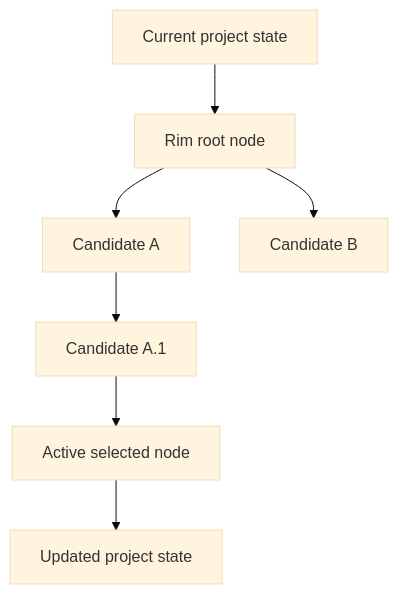
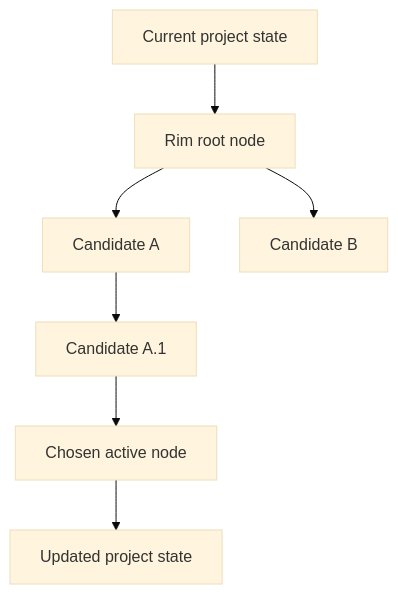
Before and after one commit to nekoium/rim: the fourth of 4 diagrams in PRODUCT.md, drawn with Mermaid (base theme). The commit also changed other lines of this file and 1 other file, not shown here.

````diff
--- a/PRODUCT.md
+++ b/PRODUCT.md
@@ -387,17 +461,17 @@
 ```mermaid
 flowchart TD
     P0[Current project state]
     ROOT[Rim root node]
     A[Candidate A]
     B[Candidate B]
     A1[Candidate A.1]
-    SELECTED[Active selected node]
+    SELECTED[Chosen active node]
     P1[Updated project state]
 
     P0 --> ROOT
     ROOT --> A
     ROOT --> B
     A --> A1
     A1 --> SELECTED
     SELECTED --> P1
 ```
````
